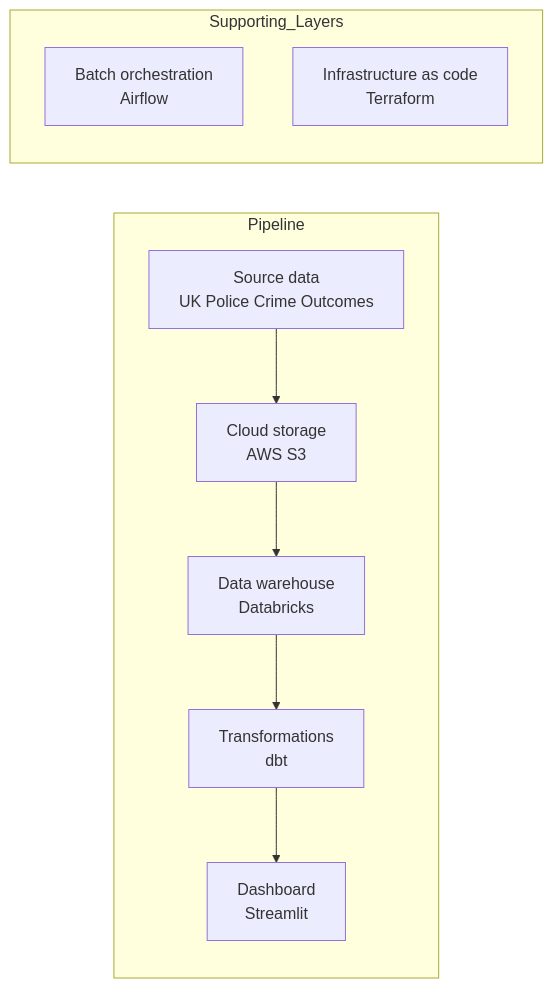
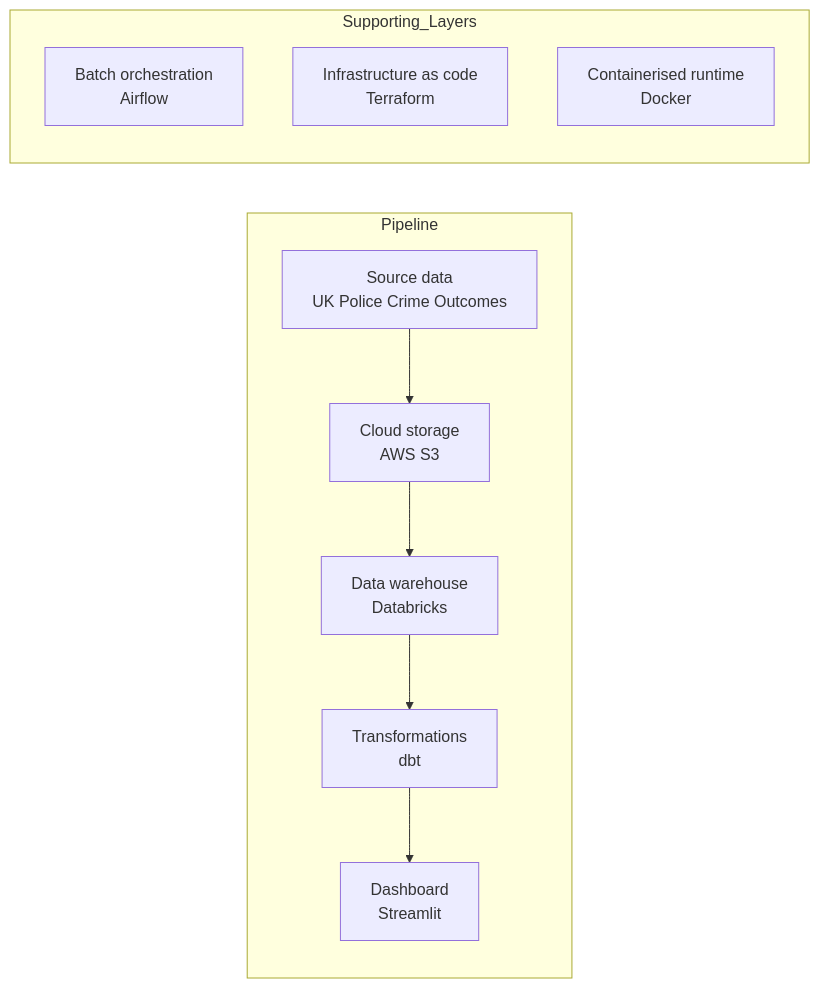
The diagram in README.md (CaThY-988/sheffield-crime-outcomes), drawn with Mermaid before and after one commit. The commit also changed other lines of this file, not shown here.

Commit message:
More Diagram edits

````diff
--- a/README.md
+++ b/README.md
@@ -36,15 +39,16 @@
 ```mermaid
 graph LR;
 
     subgraph Pipeline
         A[Source data<br/>UK Police Crime Outcomes] --> B[Cloud storage<br/>AWS S3];
         B --> C[Data warehouse<br/>Databricks];
         C --> D[Transformations<br/>dbt];
         D --> E[Dashboard<br/>Streamlit];
     end
 
     subgraph Supporting_Layers
         F[Batch orchestration<br/>Airflow]
         G[Infrastructure as code<br/>Terraform]
+        H[Containerised runtime<br/>Docker]
     end
 ```
````
